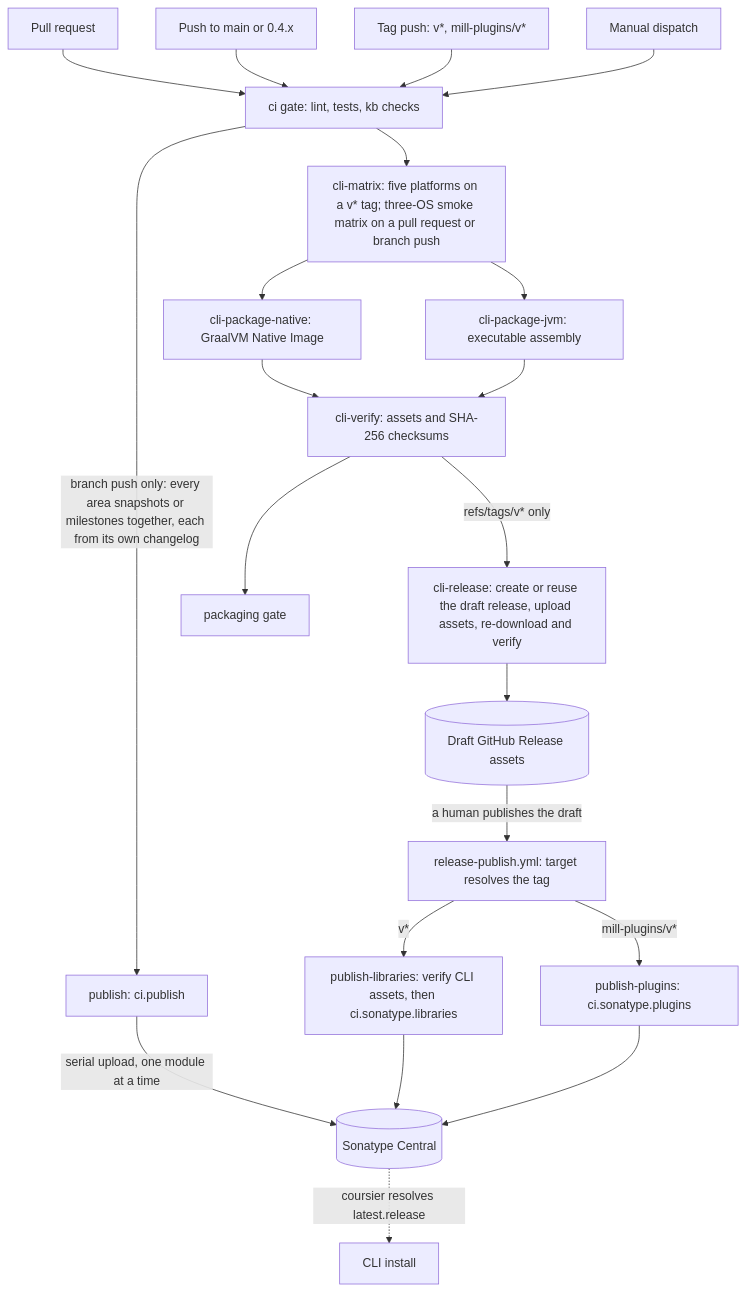
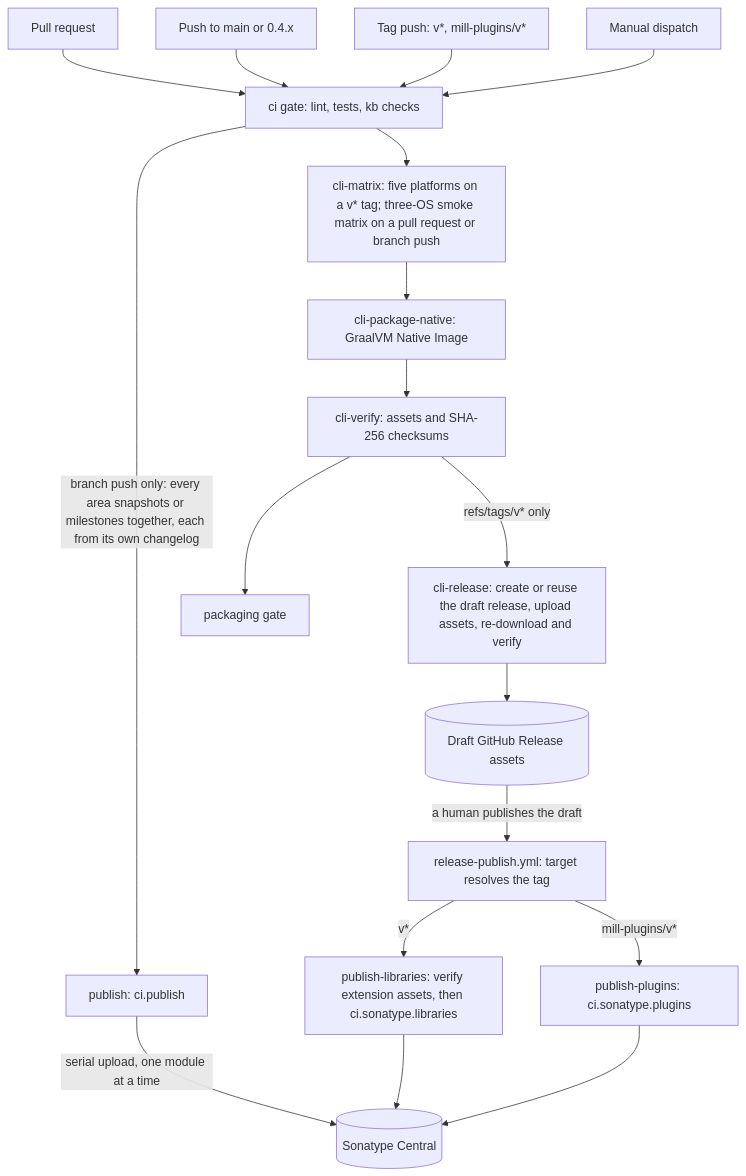
The diagram in kb/bundles/morphir/morphir-scala/packaging-and-release.md (finos/morphir-scala), drawn with Mermaid before and after one commit. The commit also changed other lines of this file and 74 other files, not shown here.

````diff
--- a/kb/bundles/morphir/morphir-scala/packaging-and-release.md
+++ b/kb/bundles/morphir/morphir-scala/packaging-and-release.md
@@ -34,27 +32,24 @@
 ```mermaid
 flowchart TD
     PR[Pull request] --> Gate[ci gate: lint, tests, kb checks]
     Push[Push to main or 0.4.x] --> Gate
     TagPush[Tag push: v*, mill-plugins/v*] --> Gate
     Dispatch[Manual dispatch] --> Gate
 
     Gate -->|branch push only: every area snapshots or milestones together, each from its own changelog| PublishAll[publish: ci.publish]
     PublishAll -->|serial upload, one module at a time| Sonatype[(Sonatype Central)]
 
     Gate --> CliMatrix[cli-matrix: five platforms on a v* tag; three-OS smoke matrix on a pull request or branch push]
     CliMatrix --> CliNative[cli-package-native: GraalVM Native Image]
-    CliMatrix --> CliJvm[cli-package-jvm: executable assembly]
     CliNative --> CliVerify[cli-verify: assets and SHA-256 checksums]
-    CliJvm --> CliVerify
     CliVerify --> Packaging[packaging gate]
     CliVerify -->|refs/tags/v* only| CliRelease[cli-release: create or reuse the draft release, upload assets, re-download and verify]
     CliRelease --> GhAssets[(Draft GitHub Release assets)]
 
     GhAssets -->|a human publishes the draft| RelPub[release-publish.yml: target resolves the tag]
-    RelPub -->|v*| PromoteLib[publish-libraries: verify CLI assets, then ci.sonatype.libraries]
+    RelPub -->|v*| PromoteLib[publish-libraries: verify extension assets, then ci.sonatype.libraries]
     RelPub -->|mill-plugins/v*| PromotePlugins[publish-plugins: ci.sonatype.plugins]
     PromoteLib --> Sonatype
     PromotePlugins --> Sonatype
 
-    Sonatype -.->|coursier resolves latest.release| Cli[CLI install]
 ```
````
